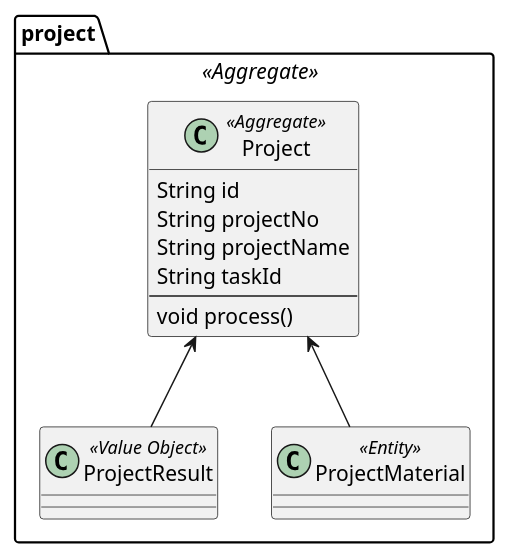
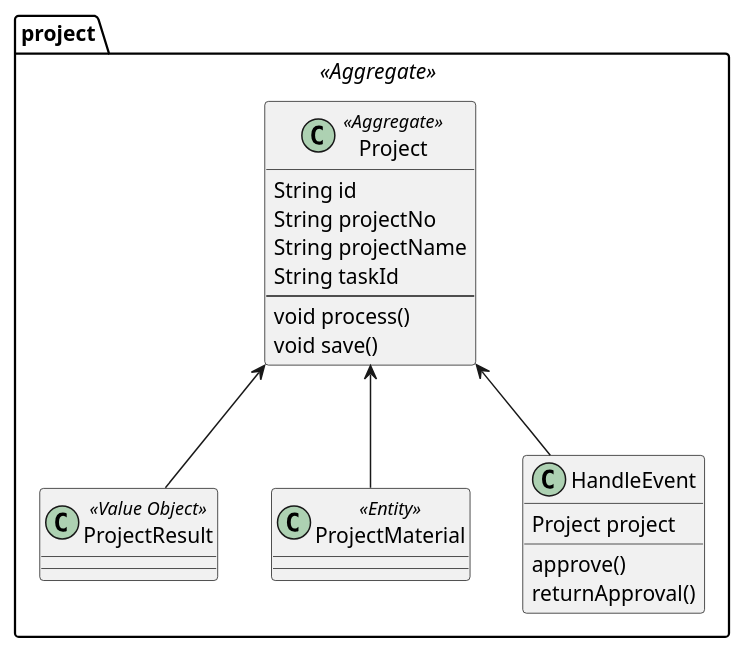
One commit to wangshuai919/ddd-sample-1 changed the diagram in design/Project.puml. Above: the diagram before and after it, drawn with PlantUML. The commit also changed 1 other file, not shown here.

Commit message:
add ProjectResult and ProjectMaterial

```diff
--- a/design/Project.puml
+++ b/design/Project.puml
@@ -1,23 +1,32 @@
 @startuml
 package project <<Aggregate>>{
 
 
 class Project <<Aggregate>>{
 String id
 String projectNo
 String projectName
 String taskId
 ----
 void process()
+void save()
 }
 
 class ProjectResult <<Value Object>>
+
 class ProjectMaterial <<Entity>>
+
+class HandleEvent{
+Project project
+approve()
+returnApproval()
+}
 
 Project <-- ProjectResult
 Project <-- ProjectMaterial
+Project <-- HandleEvent
 
 
 
 }
 @enduml
```
